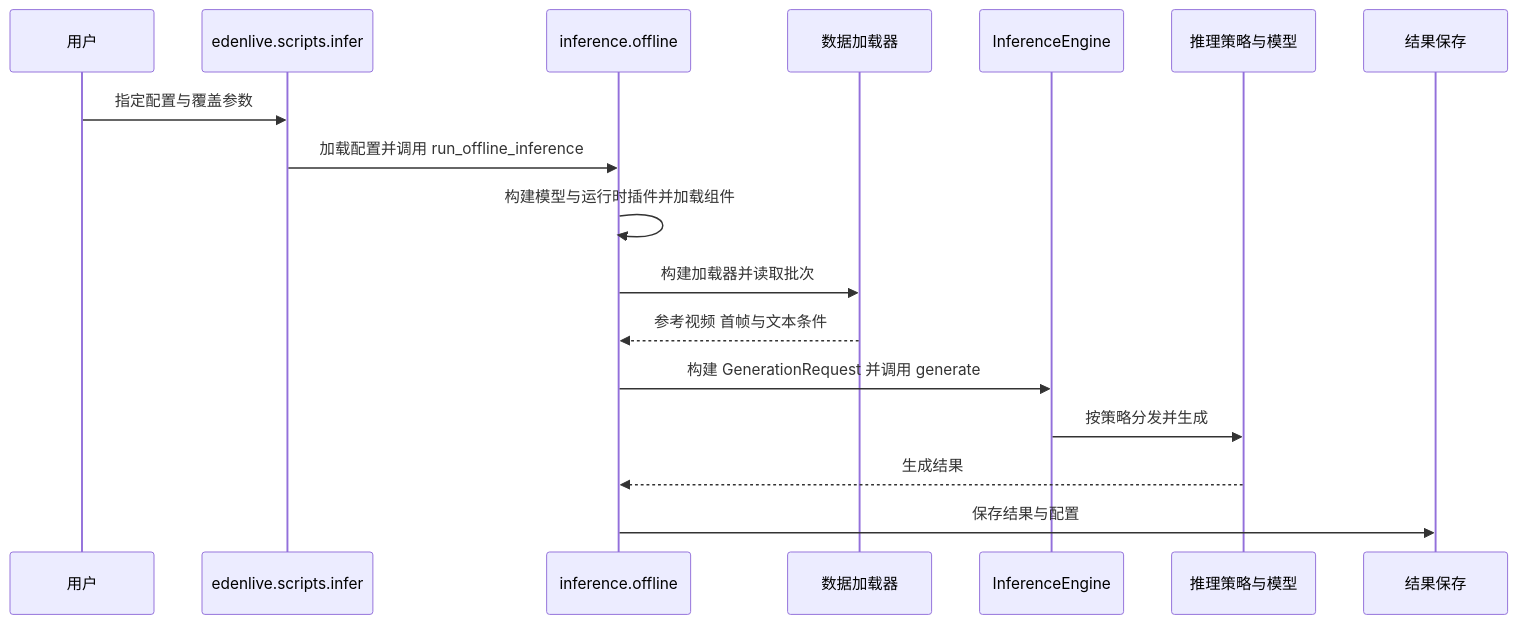
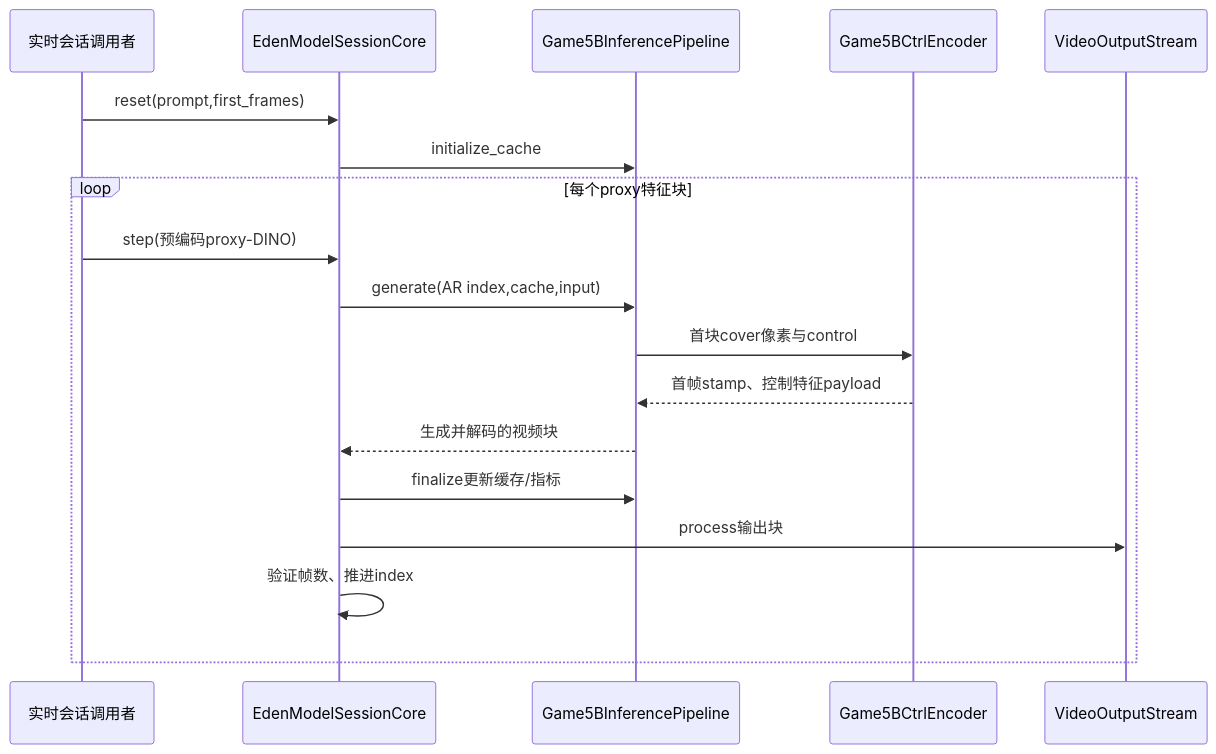
The second of 2 diagrams in wiki/entities/edenlive.md (ImChong/Robotics_Notebooks), drawn with Mermaid before and after one commit. The commit also changed other lines of this file and 208 other files, not shown here.

Commit message:
[2026-11-14] ingest | roadmap/depth-wam.md — 补齐 WAM 全部节点原文证据与满分健康度

````diff
--- a/wiki/entities/edenlive.md
+++ b/wiki/entities/edenlive.md
@@ -80,19 +89,20 @@
 ```mermaid
 sequenceDiagram
-    participant U as 用户
-    participant CLI as edenlive.scripts.infer
-    participant Offline as inference.offline
-    participant Data as 数据加载器
-    participant Engine as InferenceEngine
-    participant Strategy as 推理策略与模型
-    participant IO as 结果保存
-    U->>CLI: 指定配置与覆盖参数
-    CLI->>Offline: 加载配置并调用 run_offline_inference
-    Offline->>Offline: 构建模型与运行时插件并加载组件
-    Offline->>Data: 构建加载器并读取批次
-    Data-->>Offline: 参考视频 首帧与文本条件
-    Offline->>Engine: 构建 GenerationRequest 并调用 generate
-    Engine->>Strategy: 按策略分发并生成
-    Strategy-->>Offline: 生成结果
-    Offline->>IO: 保存结果与配置
+  participant R as 实时会话调用者
+  participant S as EdenModelSessionCore
+  participant P as Game5BInferencePipeline
+  participant E as Game5BCtrlEncoder
+  participant O as VideoOutputStream
+  R->>S: reset(prompt,first_frames)
+  S->>P: initialize_cache
+  loop 每个proxy特征块
+    R->>S: step(预编码proxy-DINO)
+    S->>P: generate(AR index,cache,input)
+    P->>E: 首块cover像素与control
+    E-->>P: 首帧stamp、控制特征payload
+    P-->>S: 生成并解码的视频块
+    S->>P: finalize更新缓存/指标
+    S->>O: process输出块
+    S->>S: 验证帧数、推进index
+  end
 ```
````
